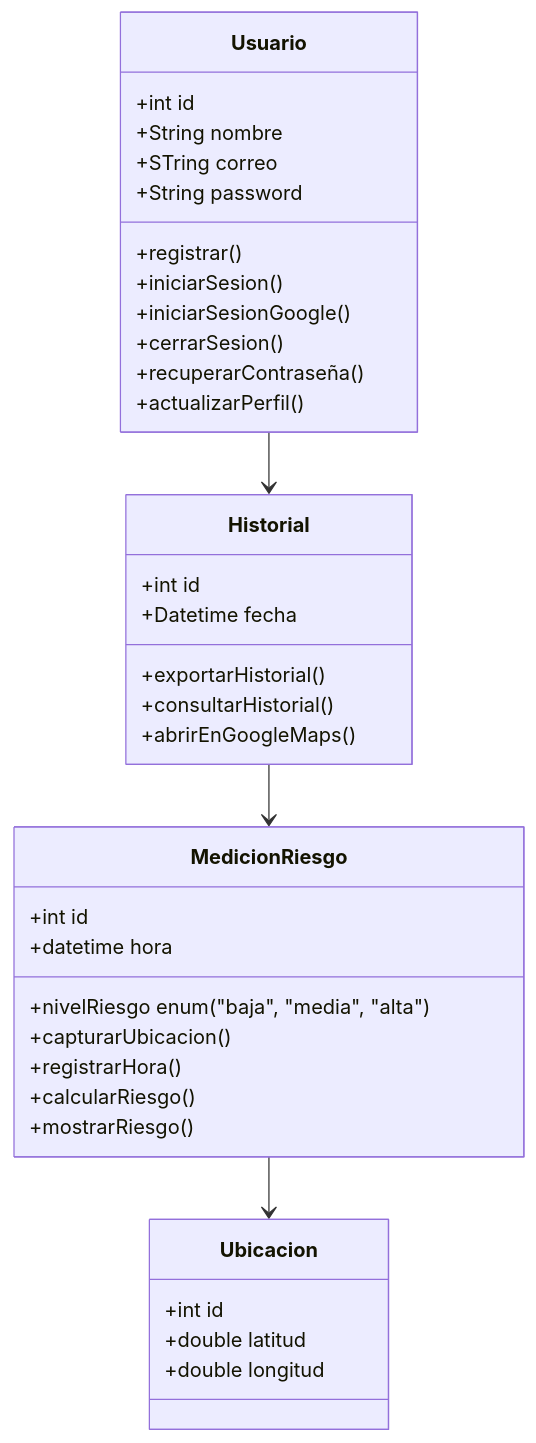
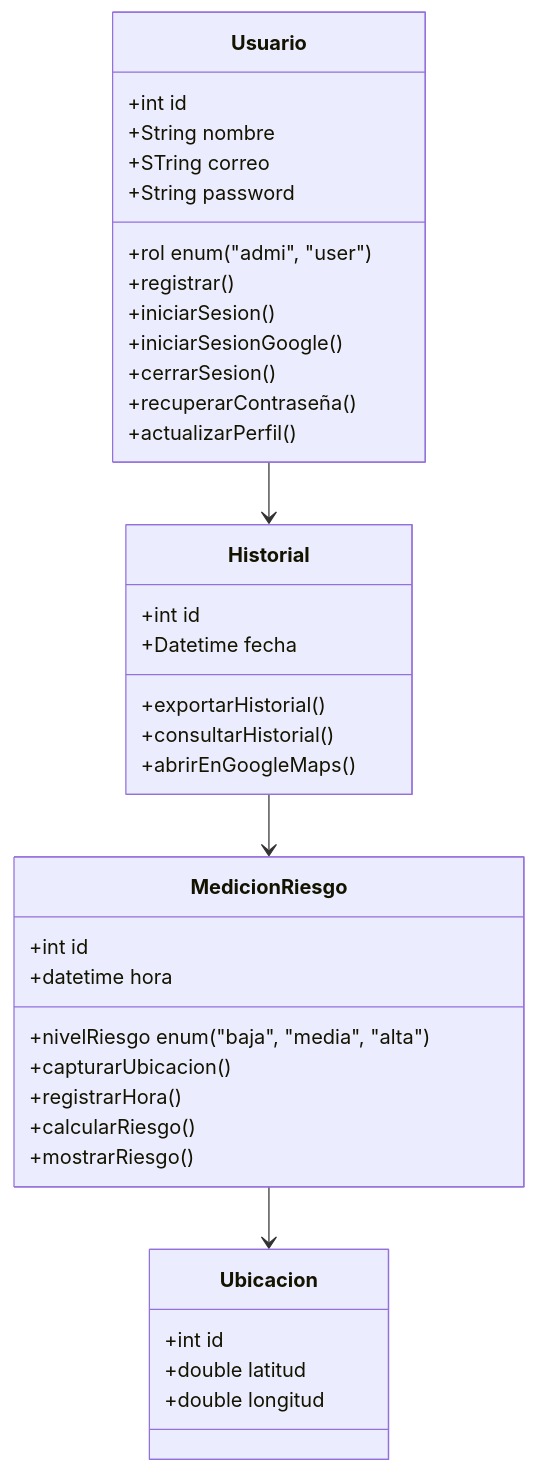
One commit to molerocn/urbansafe-app changed the second of 4 diagrams in doc/README.md. Above: the diagram before and after it, drawn with Mermaid. The commit also changed other lines of this file, not shown here.

Commit message:
doc: modificaciòn Readme.md sobre los roles

````diff
--- a/doc/README.md
+++ b/doc/README.md
@@ -58,44 +58,45 @@
 ```mermaid
 classDiagram
 
     class Usuario {
         +int id
         +String nombre
         +STring correo
         +String password
+        +rol enum ("admi", "user")
         +registrar()
         +iniciarSesion()
         +iniciarSesionGoogle()
         +cerrarSesion()
         +recuperarContraseña()
         +actualizarPerfil()
     }
     
     class Historial {
         +int id
         +Datetime fecha
         +exportarHistorial()
         +consultarHistorial()
         +abrirEnGoogleMaps()
     }
 
     class MedicionRiesgo {
         +int id
         +datetime hora
         +nivelRiesgo enum ("baja", "media", "alta")
         +capturarUbicacion()
         +registrarHora()
         +calcularRiesgo()
         +mostrarRiesgo()
     }
 
     class Ubicacion {
         +int id
         +double latitud
         +double longitud
     }
 
 Usuario --> Historial
 Historial --> MedicionRiesgo
 MedicionRiesgo --> Ubicacion
 ```
````
